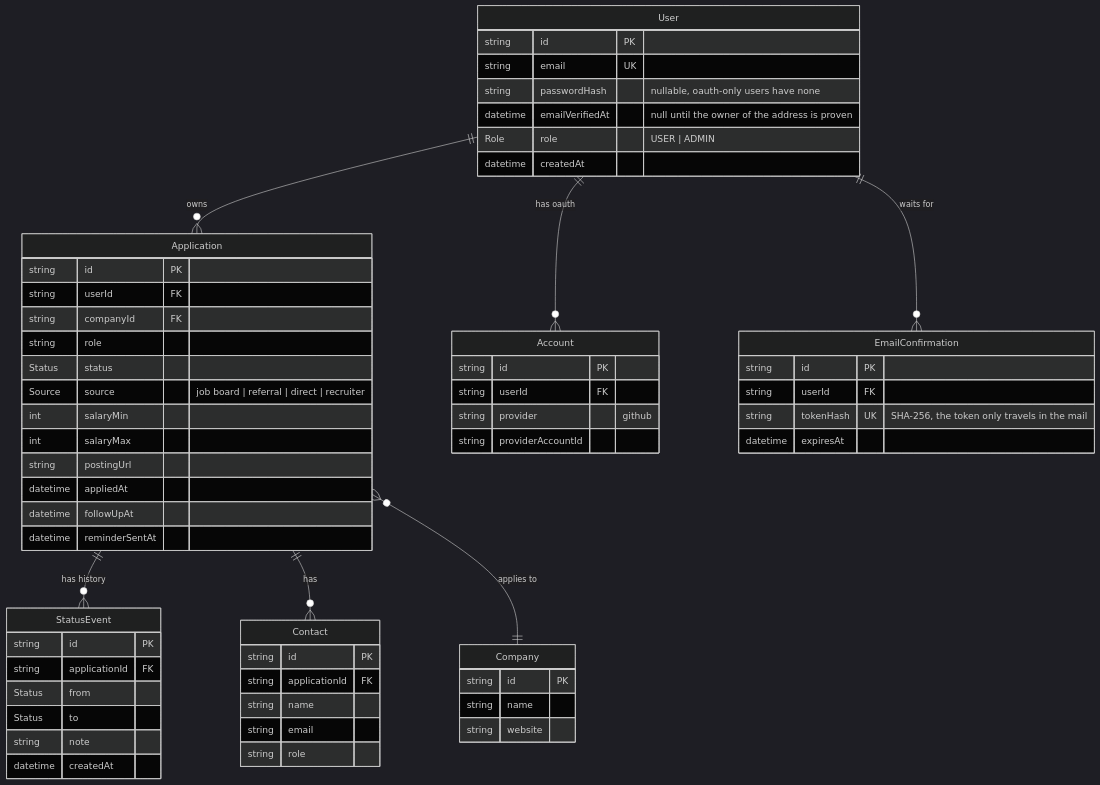
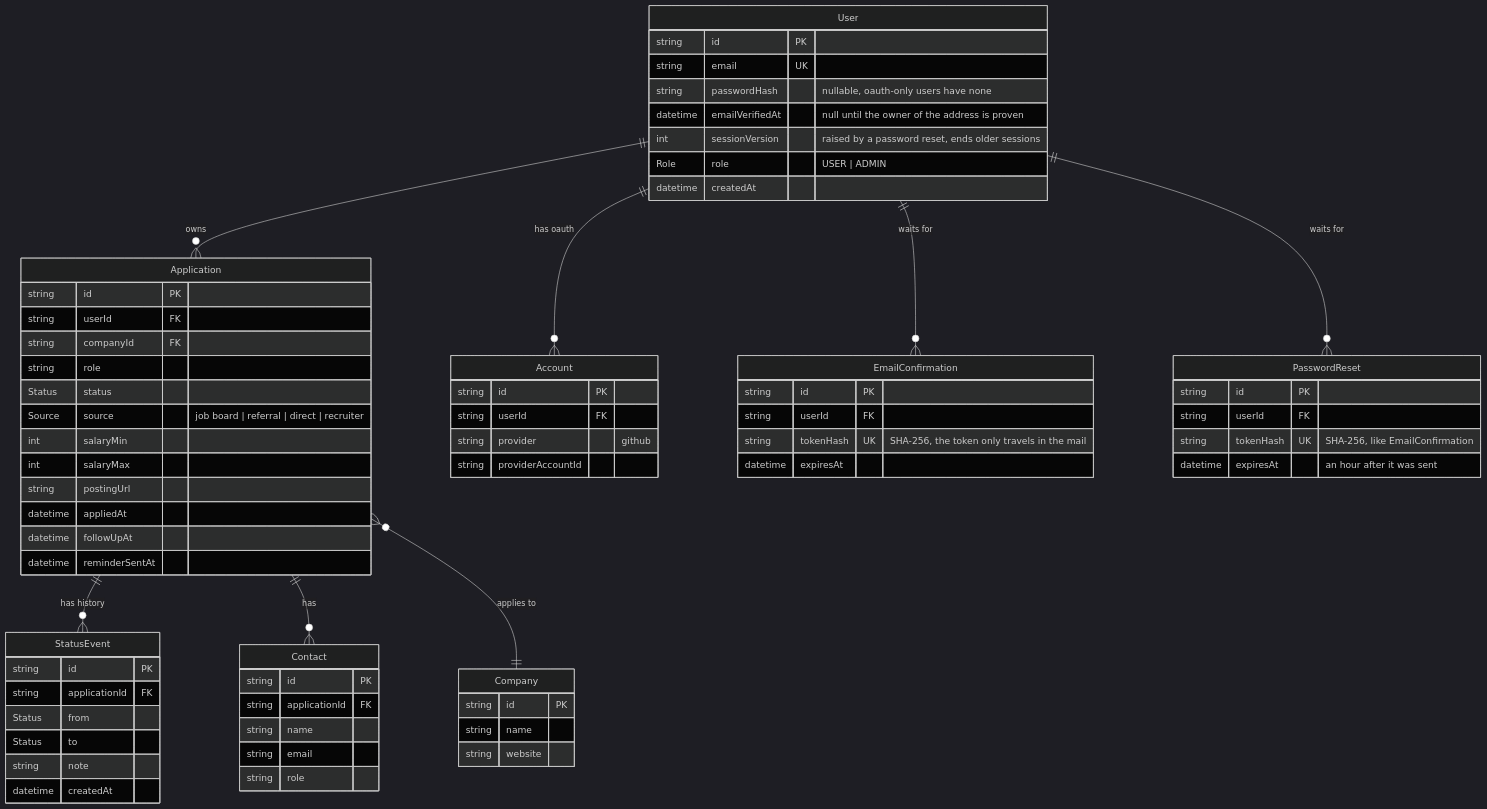
The second of 2 diagrams in README.md (aahmoh04/job-application-tracker-AM), drawn with Mermaid (dark theme) before and after one commit. The commit also changed other lines of this file and 45 other files, not shown here.

Commit message:
feat: reset forgotten passwords by mail and end every older session

````diff
--- a/README.md
+++ b/README.md
@@ -184,64 +186,72 @@
 ```mermaid
 erDiagram
     User ||--o{ Application : owns
     User ||--o{ Account : "has oauth"
     User ||--o{ EmailConfirmation : "waits for"
+    User ||--o{ PasswordReset : "waits for"
     Application ||--o{ StatusEvent : "has history"
     Application ||--o{ Contact : "has"
     Application }o--|| Company : "applies to"
 
     User {
         string id PK
         string email UK
         string passwordHash "nullable, oauth-only users have none"
         datetime emailVerifiedAt "null until the owner of the address is proven"
+        int sessionVersion "raised by a password reset, ends older sessions"
         Role role "USER | ADMIN"
         datetime createdAt
     }
     Account {
         string id PK
         string userId FK
         string provider "github"
         string providerAccountId
     }
     EmailConfirmation {
         string id PK
         string userId FK
         string tokenHash UK "SHA-256, the token only travels in the mail"
         datetime expiresAt
+    }
+    PasswordReset {
+        string id PK
+        string userId FK
+        string tokenHash UK "SHA-256, like EmailConfirmation"
+        datetime expiresAt "an hour after it was sent"
     }
     Company {
         string id PK
         string name
         string website
     }
     Application {
         string id PK
         string userId FK
         string companyId FK
         string role
         Status status
         Source source "job board | referral | direct | recruiter"
         int salaryMin
         int salaryMax
         string postingUrl
         datetime appliedAt
         datetime followUpAt
         datetime reminderSentAt
     }
     StatusEvent {
         string id PK
         string applicationId FK
         Status from
         Status to
         string note
         datetime createdAt
     }
     Contact {
         string id PK
         string applicationId FK
         string name
         string email
         string role
     }
 ```
````
